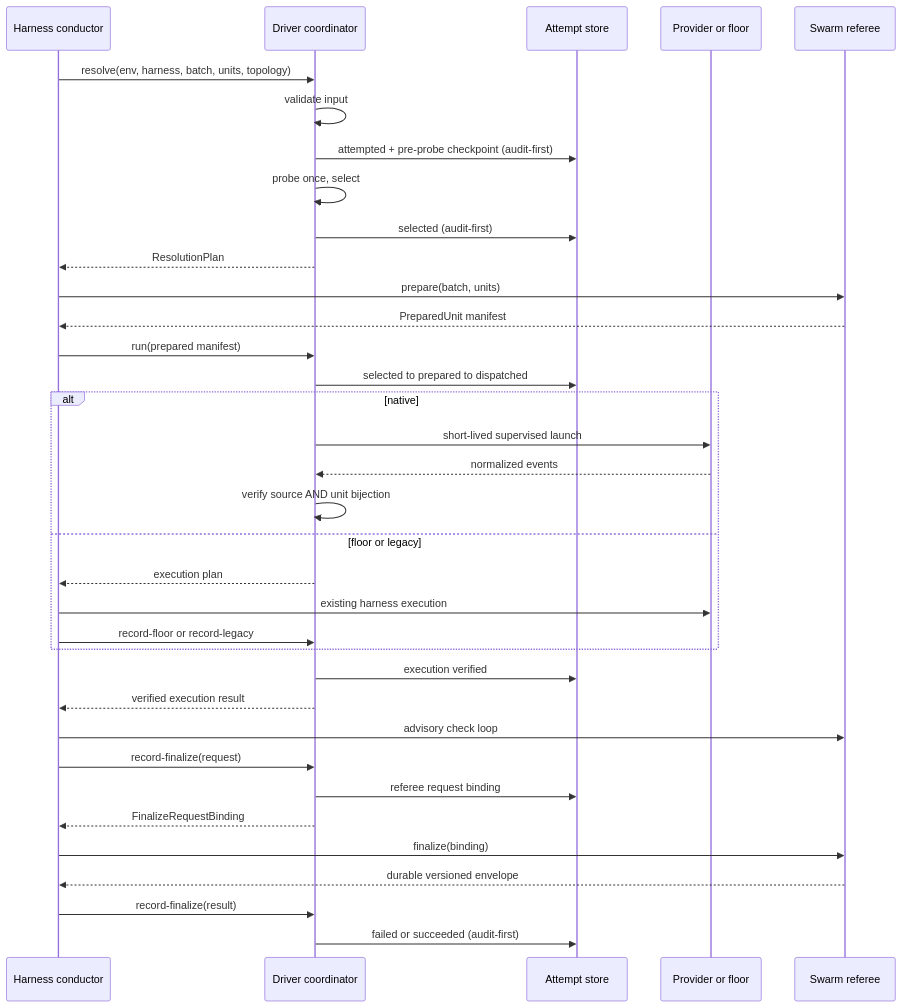
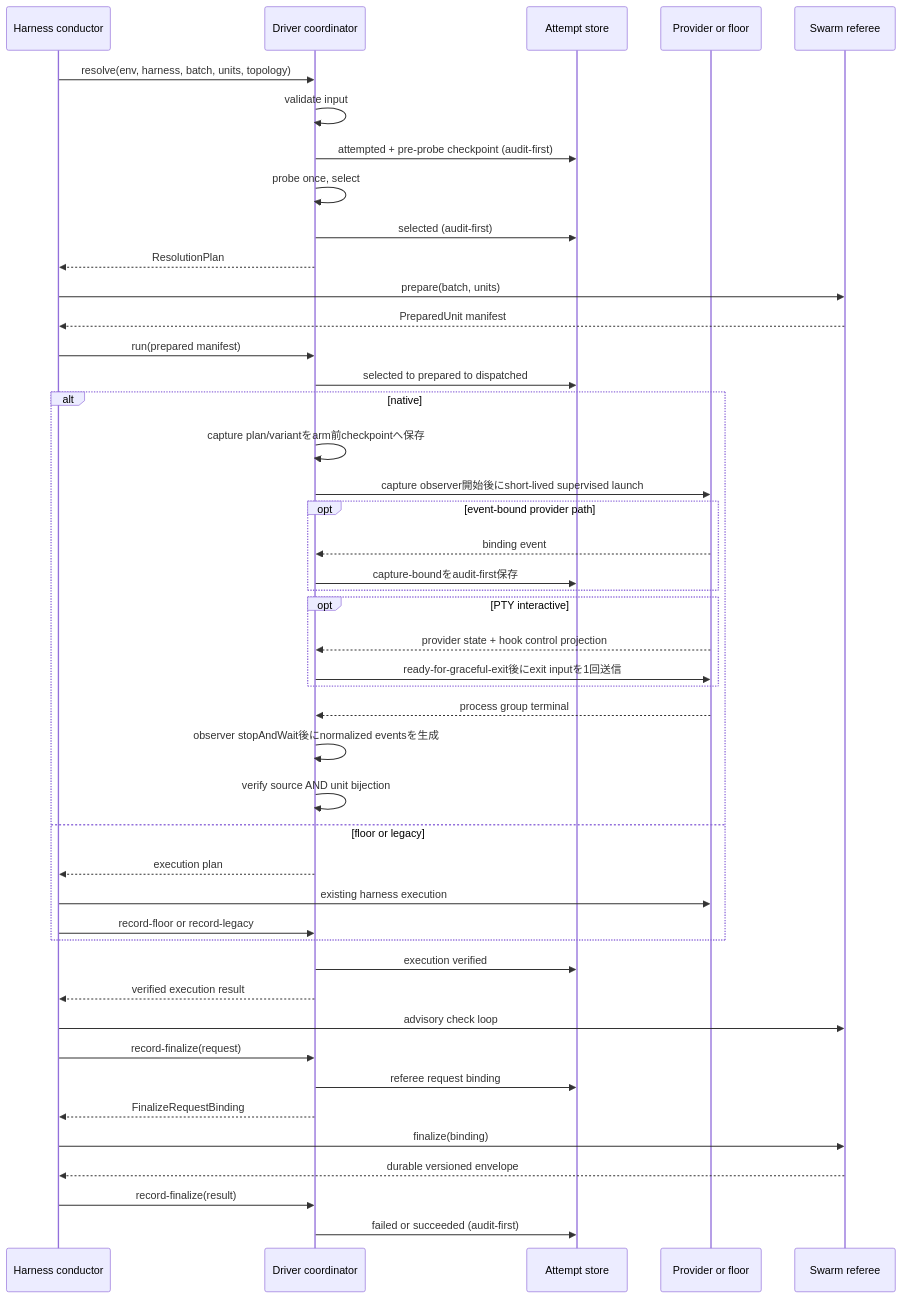
Before and after one commit to amadeus-dlc/amadeus: the diagram in amadeus/spaces/default/intents/260713-swarm-driver-migration/construction/swarm-execution-lifecycle/functional-design/business-logic-model.md, drawn with Mermaid. The commit also changed other lines of this file and 64 other files, not shown here.

````diff
--- a/amadeus/spaces/default/intents/260713-swarm-driver-migration/construction/swarm-execution-lifecycle/functional-design/business-logic-model.md
+++ b/amadeus/spaces/default/intents/260713-swarm-driver-migration/construction/swarm-execution-lifecycle/functional-design/business-logic-model.md
@@ -29,38 +29,48 @@
 ```mermaid
 sequenceDiagram
   participant H as Harness conductor
   participant D as Driver coordinator
   participant S as Attempt store
   participant P as Provider or floor
   participant R as Swarm referee
 
   H->>D: resolve(env, harness, batch, units, topology)
   D->>D: validate input
   D->>S: attempted + pre-probe checkpoint (audit-first)
   D->>D: probe once, select
   D->>S: selected (audit-first)
   D-->>H: ResolutionPlan
   H->>R: prepare(batch, units)
   R-->>H: PreparedUnit manifest
   H->>D: run(prepared manifest)
   D->>S: selected to prepared to dispatched
   alt native
-    D->>P: short-lived supervised launch
-    P-->>D: normalized events
+    D->>D: capture plan/variantをarm前checkpointへ保存
+    D->>P: capture observer開始後にshort-lived supervised launch
+    opt event-bound provider path
+      P-->>D: binding event
+      D->>S: capture-boundをaudit-first保存
+    end
+    opt PTY interactive
+      P-->>D: provider state + hook control projection
+      D->>P: ready-for-graceful-exit後にexit inputを1回送信
+    end
+    P-->>D: process group terminal
+    D->>D: observer stopAndWait後にnormalized eventsを生成
     D->>D: verify source AND unit bijection
   else floor or legacy
     D-->>H: execution plan
     H->>P: existing harness execution
     H->>D: record-floor or record-legacy
   end
   D->>S: execution verified
   D-->>H: verified execution result
   H->>R: advisory check loop
   H->>D: record-finalize(request)
   D->>S: referee request binding
   D-->>H: FinalizeRequestBinding
   H->>R: finalize(binding)
   R-->>H: durable versioned envelope
   H->>D: record-finalize(result)
   D->>S: failed or succeeded (audit-first)
 ```
````
